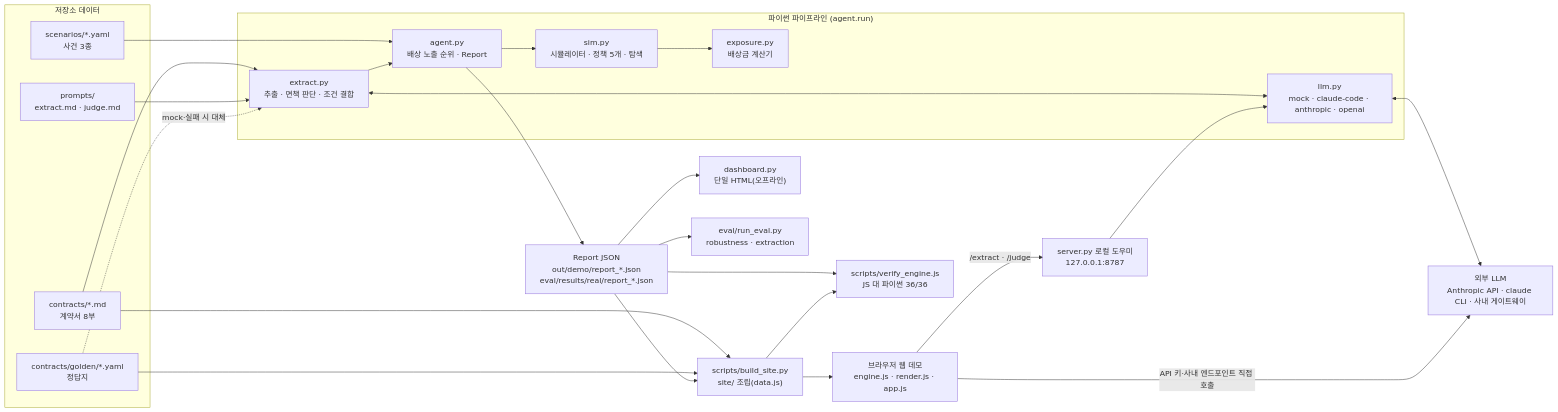
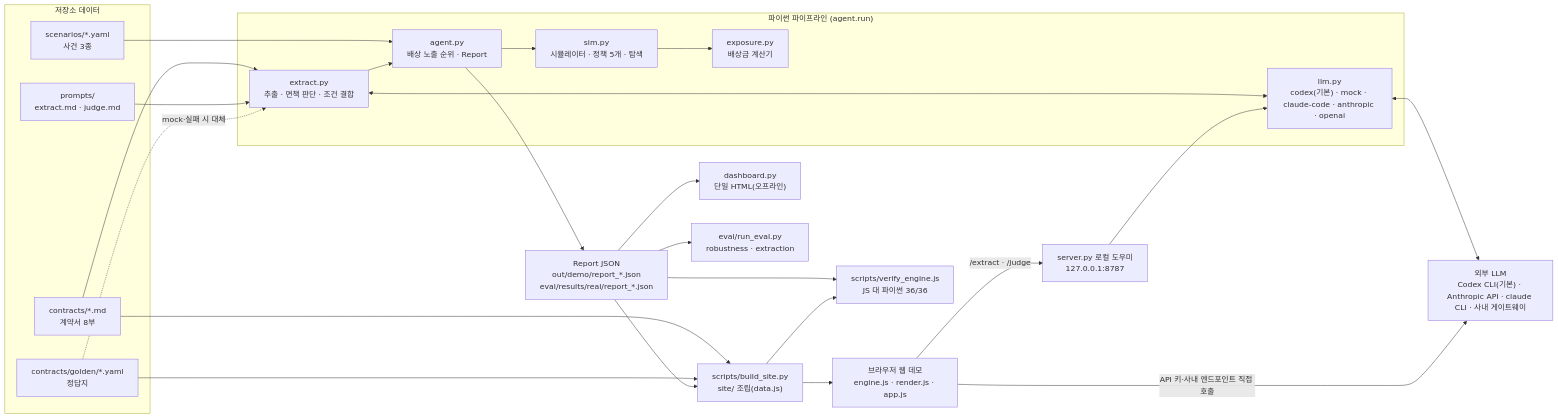
One commit to namojo/clausetower changed the diagram in docs/architecture.md. Above: the diagram before and after it, drawn with Mermaid. The commit also changed other lines of this file and 21 other files, not shown here.

````diff
--- a/docs/architecture.md
+++ b/docs/architecture.md
@@ -14,46 +14,46 @@
 ```mermaid
 flowchart LR
   subgraph DATA["저장소 데이터"]
     C["contracts/*.md<br/>계약서 8부"]
     G["contracts/golden/*.yaml<br/>정답지"]
     S["scenarios/*.yaml<br/>사건 3종"]
     P["prompts/<br/>extract.md · judge.md"]
   end
   subgraph PY["파이썬 파이프라인 (agent.run)"]
-    L["llm.py<br/>mock · claude-code · anthropic · openai"]
+    L["llm.py<br/>codex(기본) · mock · claude-code · anthropic · openai"]
     X["extract.py<br/>추출 · 면책 판단 · 조건 결합"]
     E["exposure.py<br/>배상금 계산기"]
     M["sim.py<br/>시뮬레이터 · 정책 5개 · 탐색"]
     A["agent.py<br/>배상 노출 순위 · Report"]
   end
-  EXT["외부 LLM<br/>Anthropic API · claude CLI · 사내 게이트웨이"]
+  EXT["외부 LLM<br/>Codex CLI(기본) · Anthropic API · claude CLI · 사내 게이트웨이"]
   R["Report JSON<br/>out/demo/report_*.json<br/>eval/results/real/report_*.json"]
   D["dashboard.py<br/>단일 HTML(오프라인)"]
   B["scripts/build_site.py<br/>site/ 조립(data.js)"]
   W["브라우저 웹 데모<br/>engine.js · render.js · app.js"]
   H["server.py 로컬 도우미<br/>127.0.0.1:8787"]
   V["eval/run_eval.py<br/>robustness · extraction"]
   K["scripts/verify_engine.js<br/>JS 대 파이썬 36/36"]
 
   C --> X
   P --> X
   G -.->|"mock·실패 시 대체"| X
   X <--> L
   L <--> EXT
   S --> A
   X --> A
   A --> M
   M --> E
   A --> R
   R --> D
   R --> V
   R --> K
   C --> B
   G --> B
   R --> B
   B --> W
   B --> K
   W -->|"/extract · /judge"| H
   H --> L
   W -->|"API 키·사내 엔드포인트 직접 호출"| EXT
 ```
````
